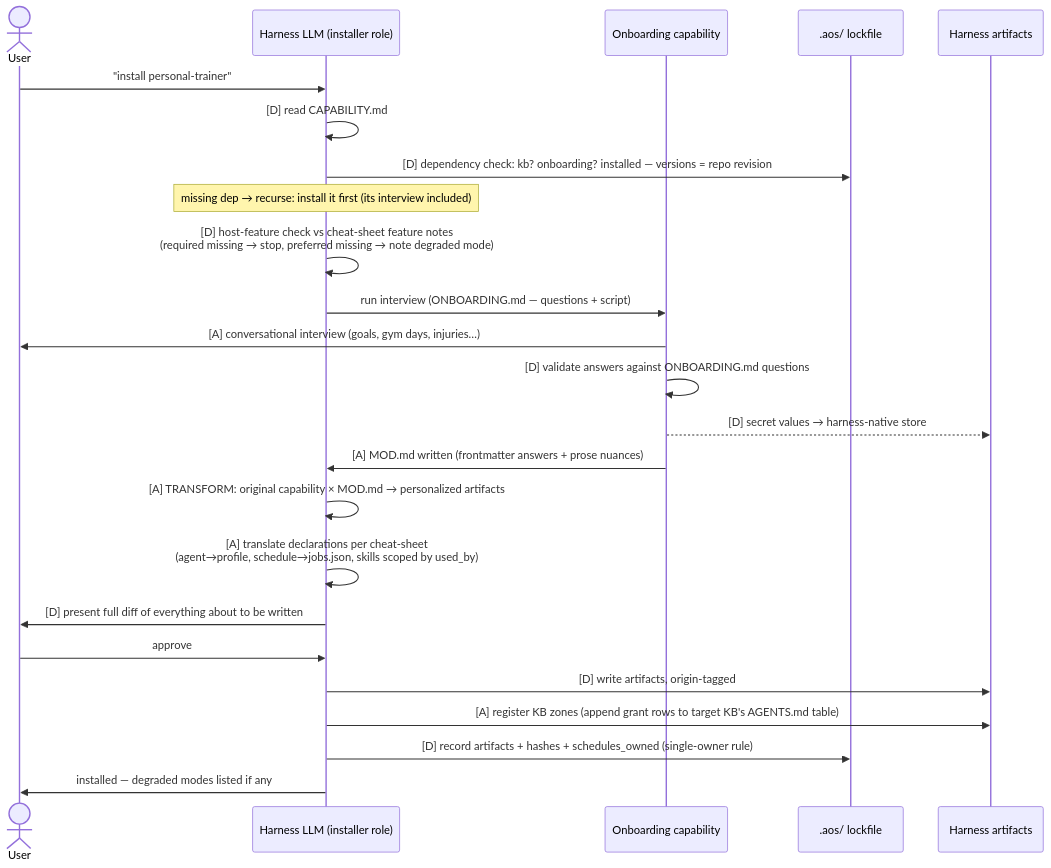
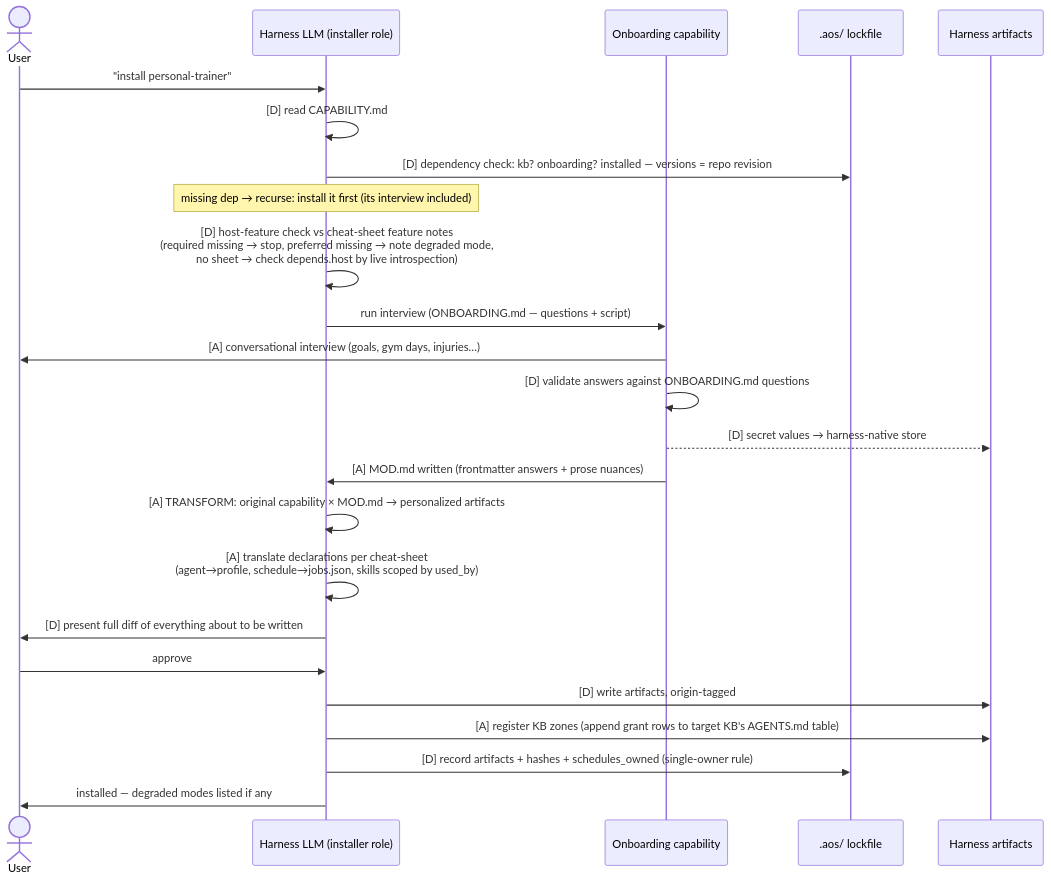
Before and after one commit to AlmogBaku/aos: the first of 2 diagrams in design/install-flow.md, drawn with Mermaid. The commit also changed other lines of this file and 7 other files, not shown here.

````diff
--- a/design/install-flow.md
+++ b/design/install-flow.md
@@ -23,27 +22,27 @@
 ```mermaid
 sequenceDiagram
     actor U as User
     participant H as Harness LLM (installer role)
     participant O as Onboarding capability
     participant L as .aos/ lockfile
     participant HA as Harness artifacts
 
     U->>H: "install personal-trainer"
     H->>H: [D] read CAPABILITY.md
     H->>L: [D] dependency check: kb? onboarding? installed — versions = repo revision
     Note over H: missing dep → recurse: install it first (its interview included)
-    H->>H: [D] host-feature check vs cheat-sheet feature notes<br/>(required missing → stop, preferred missing → note degraded mode)
+    H->>H: [D] host-feature check vs cheat-sheet feature notes<br/>(required missing → stop, preferred missing → note degraded mode,<br/>no sheet → check depends.host by live introspection)
     H->>O: run interview (ONBOARDING.md — questions + script)
     O->>U: [A] conversational interview (goals, gym days, injuries…)
     O->>O: [D] validate answers against ONBOARDING.md questions
     O-->>HA: [D] secret values → harness-native store
     O->>H: [A] MOD.md written (frontmatter answers + prose nuances)
     H->>H: [A] TRANSFORM: original capability × MOD.md → personalized artifacts
     H->>H: [A] translate declarations per cheat-sheet<br/>(agent→profile, schedule→jobs.json, skills scoped by used_by)
     H->>U: [D] present full diff of everything about to be written
     U->>H: approve
     H->>HA: [D] write artifacts, origin-tagged
     H->>HA: [A] register KB zones (append grant rows to target KB's AGENTS.md table)
     H->>L: [D] record artifacts + hashes + schedules_owned (single-owner rule)
     H->>U: installed — degraded modes listed if any
 ```
````
